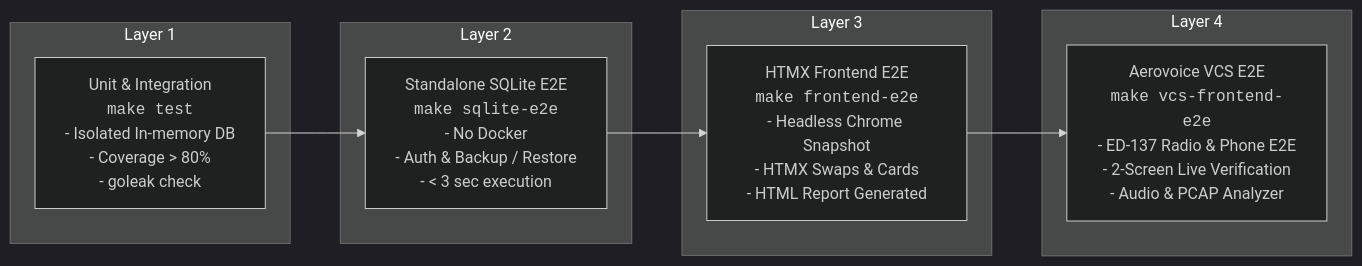
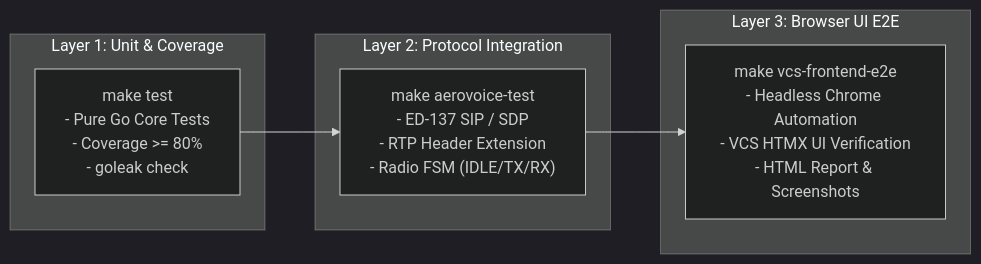
The second of 2 diagrams in docs/architecture.md (sh0jitmy/aerovoice), drawn with Mermaid (dark theme) before and after one commit. The commit also changed other lines of this file and 62 other files, not shown here.

First line of the commit message:
chore: remove ent orm and legacy template assets for pure go aerovoice

````diff
--- a/docs/architecture.md
+++ b/docs/architecture.md
@@ -112,17 +99,14 @@
 ```mermaid
 graph LR
-    subgraph "Layer 1"
-        L1["Unit & Integration<br/><code>make test</code><br/>- Isolated In-memory DB<br/>- Coverage > 80%<br/>- goleak check"]
+    subgraph "Layer 1: Unit & Coverage"
+        L1["make test<br/>- Pure Go Core Tests<br/>- Coverage >= 80%<br/>- goleak check"]
     end
-    subgraph "Layer 2"
-        L2["Standalone SQLite E2E<br/><code>make sqlite-e2e</code><br/>- No Docker<br/>- Auth & Backup / Restore<br/>- < 3 sec execution"]
+    subgraph "Layer 2: Protocol Integration"
+        L2["make aerovoice-test<br/>- ED-137 SIP / SDP<br/>- RTP Header Extension<br/>- Radio FSM (IDLE/TX/RX)"]
     end
-    subgraph "Layer 3"
-        L3["HTMX Frontend E2E<br/><code>make frontend-e2e</code><br/>- Headless Chrome Snapshot<br/>- HTMX Swaps & Cards<br/>- HTML Report Generated"]
-    end
-    subgraph "Layer 4"
-        L4["Aerovoice VCS E2E<br/><code>make vcs-frontend-e2e</code><br/>- ED-137 Radio & Phone E2E<br/>- 2-Screen Live Verification<br/>- Audio & PCAP Analyzer"]
+    subgraph "Layer 3: Browser UI E2E"
+        L3["make vcs-frontend-e2e<br/>- Headless Chrome Automation<br/>- VCS HTMX UI Verification<br/>- HTML Report & Screenshots"]
     end
     
-    L1 --> L2 --> L3 --> L4
+    L1 --> L2 --> L3
 ```
````
